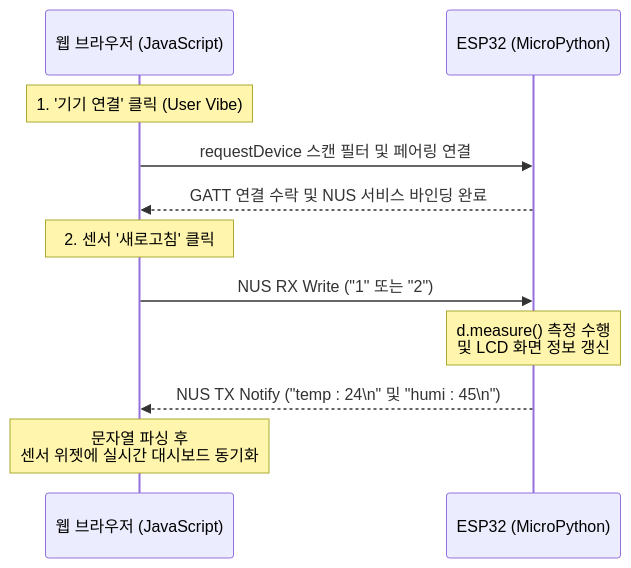
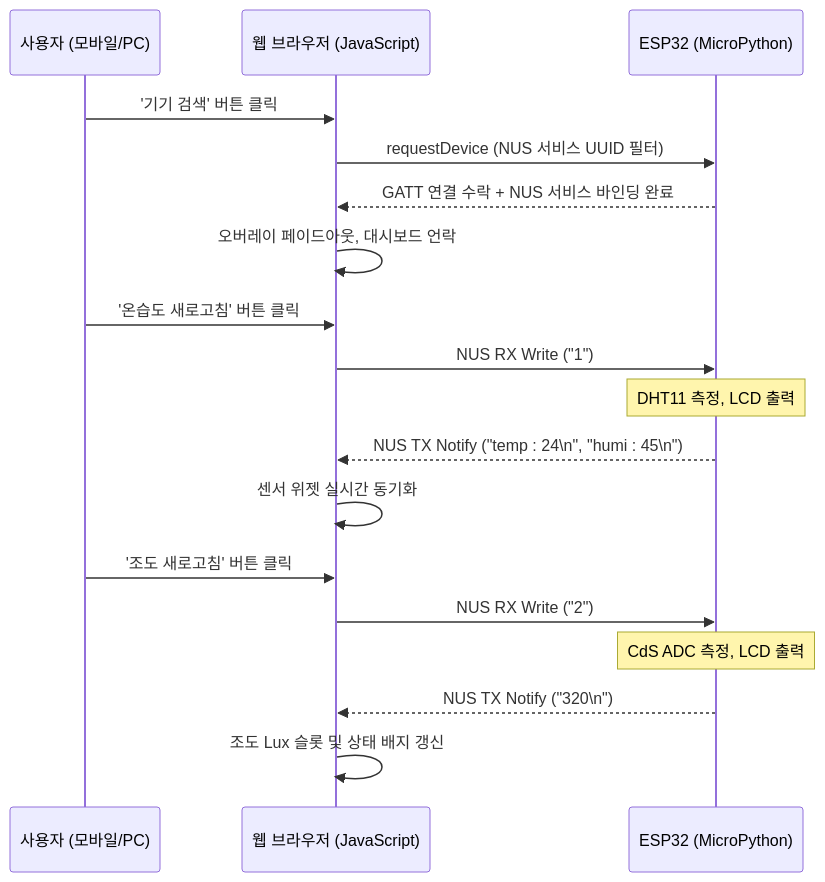
One commit to kara621621/SmartHome changed the diagram in PRD.md. Above: the diagram before and after it, drawn with Mermaid. The commit also changed other lines of this file, not shown here.

````diff
--- a/PRD.md
+++ b/PRD.md
@@ -118,15 +165,23 @@
 ```mermaid
 sequenceDiagram
-    participant WebBrowser as 웹 브라우저 (JavaScript)
+    participant User as 사용자 (모바일/PC)
+    participant Web as 웹 브라우저 (JavaScript)
     participant ESP32 as ESP32 (MicroPython)
-    
-    Note over WebBrowser: 1. '기기 연결' 클릭 (User Vibe)
-    WebBrowser->>ESP32: requestDevice 스캔 필터 및 페어링 연결
-    ESP32-->>WebBrowser: GATT 연결 수락 및 NUS 서비스 바인딩 완료
-    
-    Note over WebBrowser: 2. 센서 '새로고침' 클릭
-    WebBrowser->>ESP32: NUS RX Write ("1" 또는 "2")
-    Note over ESP32: d.measure() 측정 수행<br/>및 LCD 화면 정보 갱신
-    ESP32-->>WebBrowser: NUS TX Notify ("temp : 24\n" 및 "humi : 45\n")
-    Note over WebBrowser: 문자열 파싱 후<br/>센서 위젯에 실시간 대시보드 동기화
+
+    User->>Web: '기기 검색' 버튼 클릭
+    Web->>ESP32: requestDevice (NUS 서비스 UUID 필터)
+    ESP32-->>Web: GATT 연결 수락 + NUS 서비스 바인딩 완료
+    Web->>Web: 오버레이 페이드아웃, 대시보드 언락
+
+    User->>Web: '온습도 새로고침' 버튼 클릭
+    Web->>ESP32: NUS RX Write ("1")
+    Note over ESP32: DHT11 측정, LCD 출력
+    ESP32-->>Web: NUS TX Notify ("temp : 24\n", "humi : 45\n")
+    Web->>Web: 센서 위젯 실시간 동기화
+
+    User->>Web: '조도 새로고침' 버튼 클릭
+    Web->>ESP32: NUS RX Write ("2")
+    Note over ESP32: CdS ADC 측정, LCD 출력
+    ESP32-->>Web: NUS TX Notify ("320\n")
+    Web->>Web: 조도 Lux 슬롯 및 상태 배지 갱신
 ```
````
